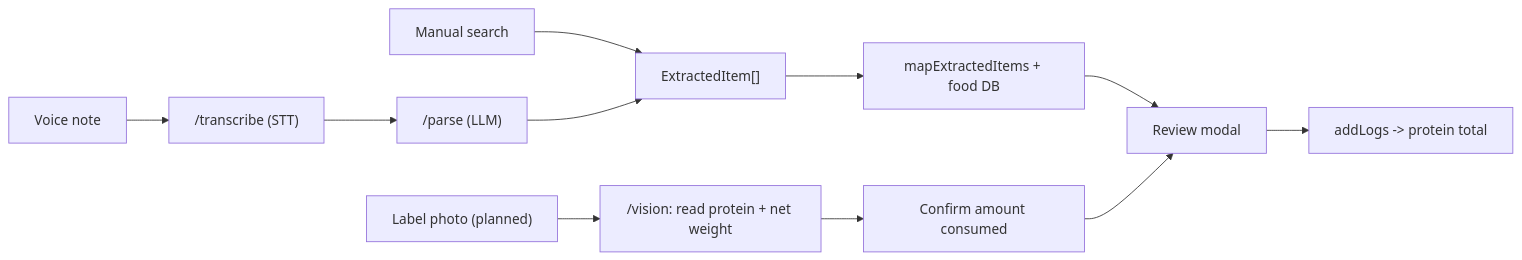
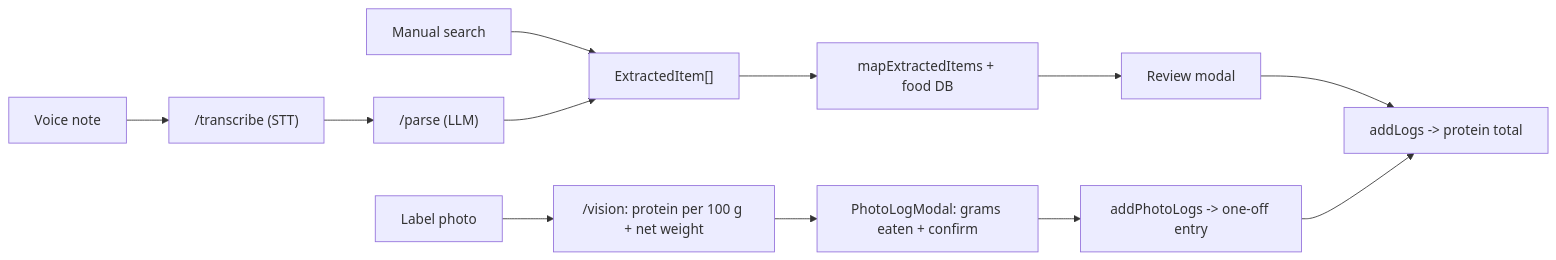
The diagram in docs/Plan.md (sidntrivedi/proteinmate), drawn with Mermaid before and after one commit. The commit also changed other lines of this file and 15 other files, not shown here.

First line of the commit message:
Add label photo logging with grams-based protein calculation.

````diff
--- a/docs/Plan.md
+++ b/docs/Plan.md
@@ -33,13 +38,14 @@
 ```mermaid
 flowchart LR
   voice["Voice note"] --> stt["/transcribe (STT)"]
   stt --> parse["/parse (LLM)"]
   text["Manual search"] --> items["ExtractedItem[]"]
   parse --> items
   items --> mapper["mapExtractedItems + food DB"]
   mapper --> review["Review modal"]
-  label["Label photo (planned)"] --> vision["/vision: read protein + net weight"]
-  vision --> confirm["Confirm amount consumed"]
-  confirm --> review
+  label["Label photo"] --> vision["/vision: protein per 100 g + net weight"]
+  vision --> photoReview["PhotoLogModal: grams eaten + confirm"]
+  photoReview --> photoLog["addPhotoLogs -> one-off entry"]
   review --> log["addLogs -> protein total"]
+  photoLog --> log
 ```
````
